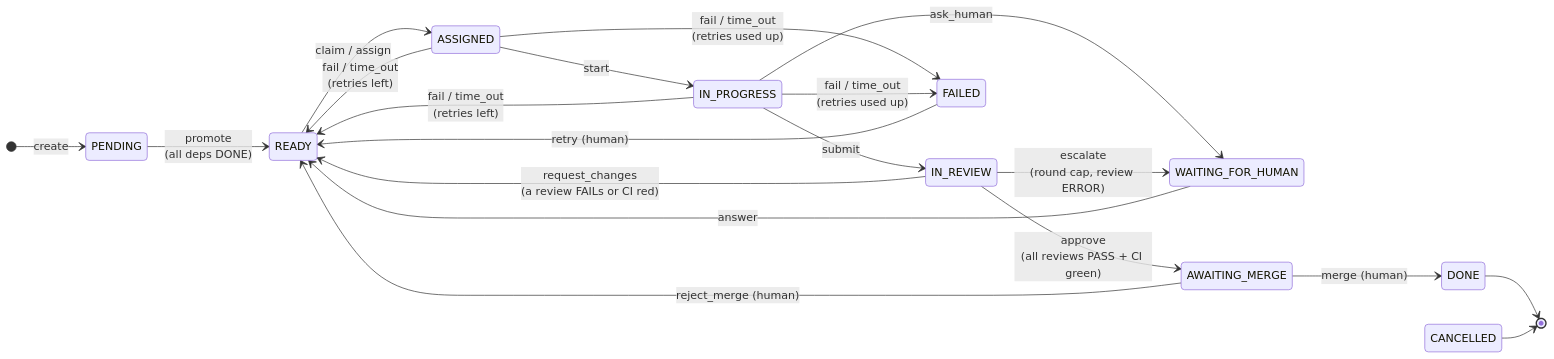
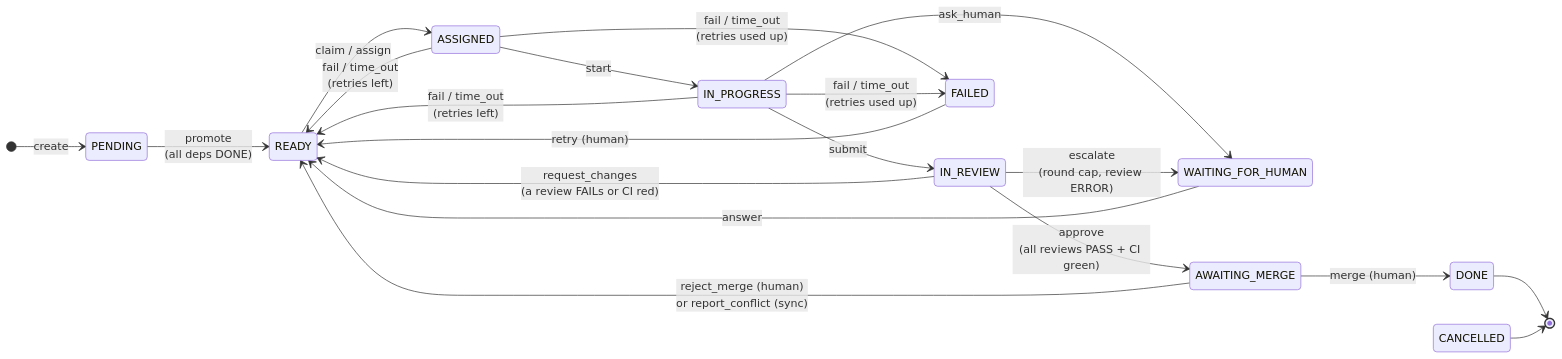
One commit to bharathcmbox/axiom changed the first of 5 diagrams in docs/state-machines.md. Above: the diagram before and after it, drawn with Mermaid. The commit also changed other lines of this file and 20 other files, not shown here.

````diff
--- a/docs/state-machines.md
+++ b/docs/state-machines.md
@@ -15,23 +15,23 @@
 ```mermaid
 stateDiagram-v2
     direction LR
     [*] --> PENDING: create
     PENDING --> READY: promote<br/>(all deps DONE)
     READY --> ASSIGNED: claim / assign
     ASSIGNED --> IN_PROGRESS: start
     IN_PROGRESS --> IN_REVIEW: submit
     IN_PROGRESS --> WAITING_FOR_HUMAN: ask_human
     WAITING_FOR_HUMAN --> READY: answer
     ASSIGNED --> READY: fail / time_out<br/>(retries left)
     IN_PROGRESS --> READY: fail / time_out<br/>(retries left)
     ASSIGNED --> FAILED: fail / time_out<br/>(retries used up)
     IN_PROGRESS --> FAILED: fail / time_out<br/>(retries used up)
     FAILED --> READY: retry (human)
     IN_REVIEW --> AWAITING_MERGE: approve<br/>(all reviews PASS + CI green)
     IN_REVIEW --> READY: request_changes<br/>(a review FAILs or CI red)
     IN_REVIEW --> WAITING_FOR_HUMAN: escalate<br/>(round cap, review ERROR)
-    AWAITING_MERGE --> READY: reject_merge (human)
+    AWAITING_MERGE --> READY: reject_merge (human)<br/>or report_conflict (sync)
     AWAITING_MERGE --> DONE: merge (human)
     DONE --> [*]
     CANCELLED --> [*]
 ```
````
